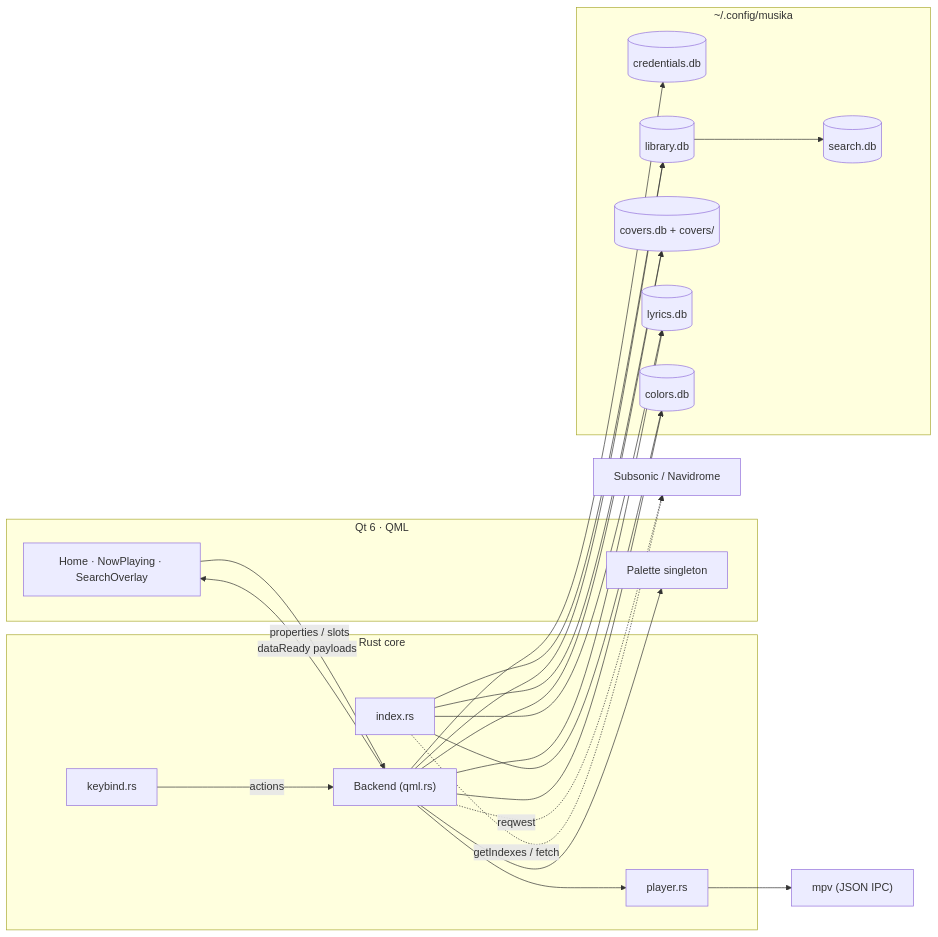
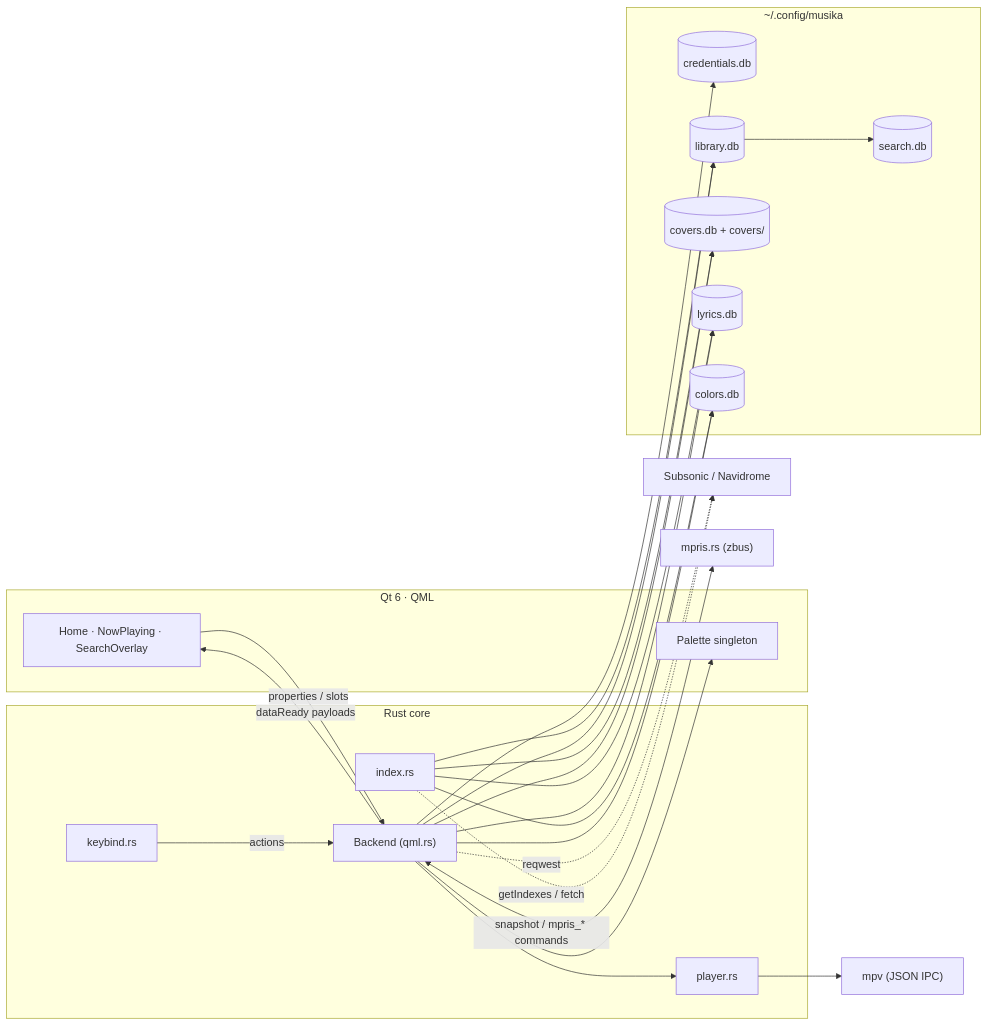
Before and after one commit to rPlakama/Musika: the diagram in README.md, drawn with Mermaid. The commit also changed other lines of this file and 8 other files, not shown here.

First line of the commit message:
Q-8: native MPRIS service over zbus

````diff
--- a/README.md
+++ b/README.md
@@ -219,43 +236,44 @@
 ```mermaid
 flowchart LR
     subgraph Qt["Qt 6 · QML"]
         UI["Home · NowPlaying · SearchOverlay"]
         Palette["Palette singleton"]
     end
 
     subgraph Core["Rust core"]
         Backend["Backend (qml.rs)"]
         Player["player.rs"]
         Sync["index.rs"]
         Keymap["keybind.rs"]
     end
 
     MPV["mpv (JSON IPC)"]
     Server["Subsonic / Navidrome"]
 
     subgraph Data["~/.config/musika"]
         C1[(credentials.db)]
         C2[(library.db)]
         C3[(search.db)]
         C4[(covers.db + covers/)]
         C5[(lyrics.db)]
         C6[(colors.db)]
     end
 
     Keymap -->|actions| Backend
     UI -->|properties / slots| Backend
     Backend -->|dataReady payloads| UI
     Backend --> Player --> MPV
+    Backend <-->|snapshot / mpris_* commands| Mpris["mpris.rs (zbus)"]
     Backend --> Palette
     Backend -.->|reqwest| Server
     Sync -.->|getIndexes / fetch| Server
     Sync --> C2 --> C3
     Sync --> C4
     Sync --> C5
     Sync --> C6
     Backend --> C1
     Backend --> C2
     Backend --> C4
     Backend --> C5
     Backend --> C6
 ```
````
